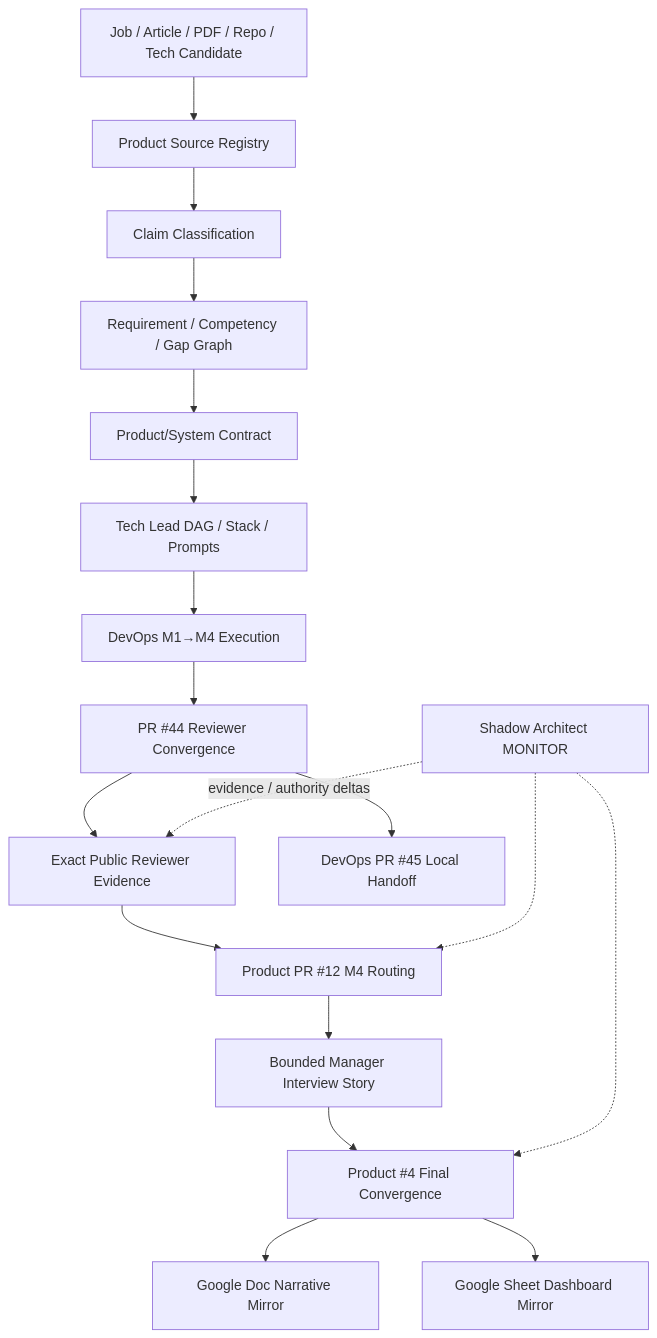
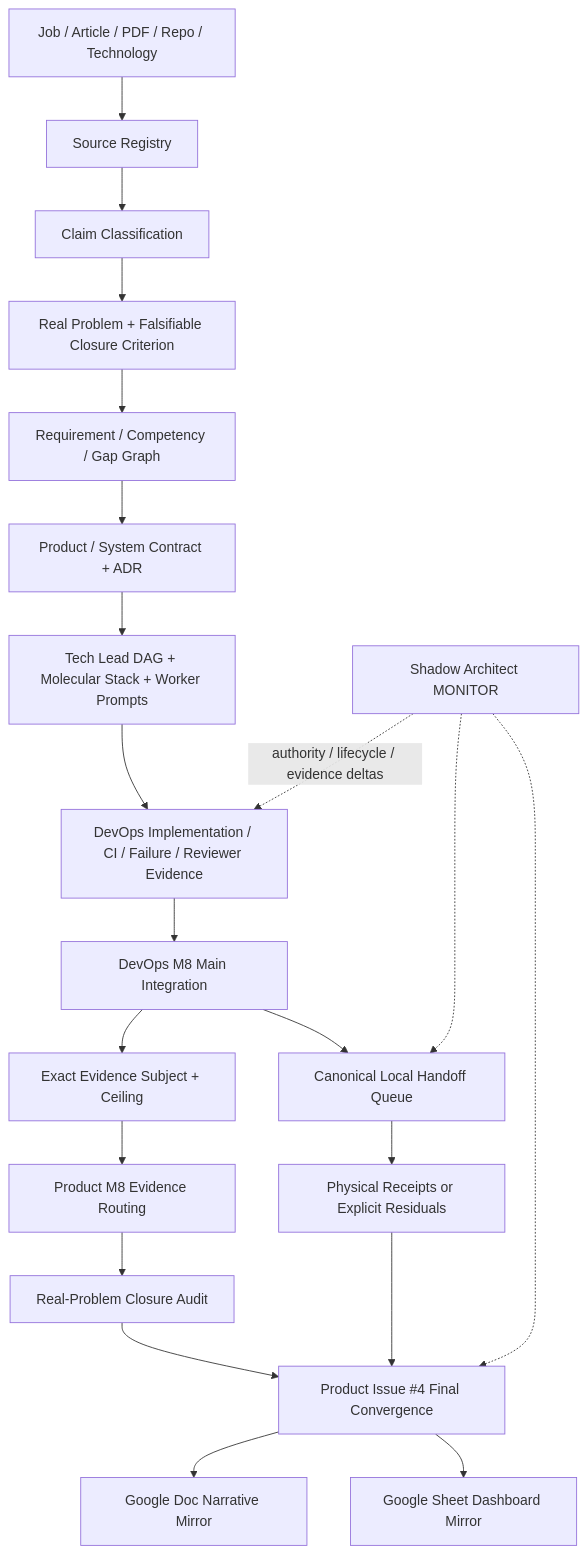
Before and after one commit to ed3c/Product-Manager-Notes: the diagram in README.md, drawn with Mermaid. The commit also changed other lines of this file, not shown here.

Commit message:
docs: make Product M8 routing and closure state canonical

````diff
--- a/README.md
+++ b/README.md
@@ -167,20 +182,23 @@
 ```mermaid
 flowchart TD
-    S[Job / Article / PDF / Repo / Tech Candidate] --> SR[Product Source Registry]
+    S[Job / Article / PDF / Repo / Technology] --> SR[Source Registry]
     SR --> C[Claim Classification]
-    C --> G[Requirement / Competency / Gap Graph]
-    G --> P[Product/System Contract]
-    P --> TL[Tech Lead DAG / Stack / Prompts]
-    TL --> D[DevOps M1→M4 Execution]
-    D --> M4[PR #44 Reviewer Convergence]
-    M4 --> E[Exact Public Reviewer Evidence]
-    E --> R[Product PR #12 M4 Routing]
-    R --> N[Bounded Manager Interview Story]
-    N --> X[Product #4 Final Convergence]
+    C --> RP[Real Problem + Falsifiable Closure Criterion]
+    RP --> G[Requirement / Competency / Gap Graph]
+    G --> P[Product / System Contract + ADR]
+    P --> TL[Tech Lead DAG + Molecular Stack + Worker Prompts]
+    TL --> D[DevOps Implementation / CI / Failure / Reviewer Evidence]
+    D --> M8[DevOps M8 Main Integration]
+    M8 --> E[Exact Evidence Subject + Ceiling]
+    E --> PR[Product M8 Evidence Routing]
+    PR --> A[Real-Problem Closure Audit]
+    A --> X[Product Issue #4 Final Convergence]
+    M8 --> LH[Canonical Local Handoff Queue]
+    LH --> R[Physical Receipts or Explicit Residuals]
+    R --> X
     X --> GD[Google Doc Narrative Mirror]
     X --> GS[Google Sheet Dashboard Mirror]
-    M4 --> LH[DevOps PR #45 Local Handoff]
-    SH[Shadow Architect MONITOR] -. evidence / authority deltas .-> E
-    SH -.-> R
+    SH[Shadow Architect MONITOR] -. authority / lifecycle / evidence deltas .-> D
+    SH -.-> LH
     SH -.-> X
 ```
````
